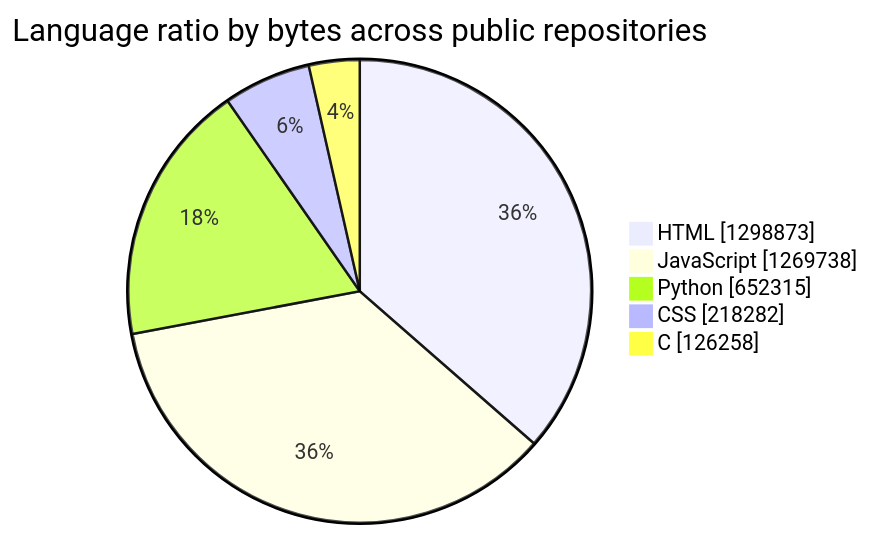
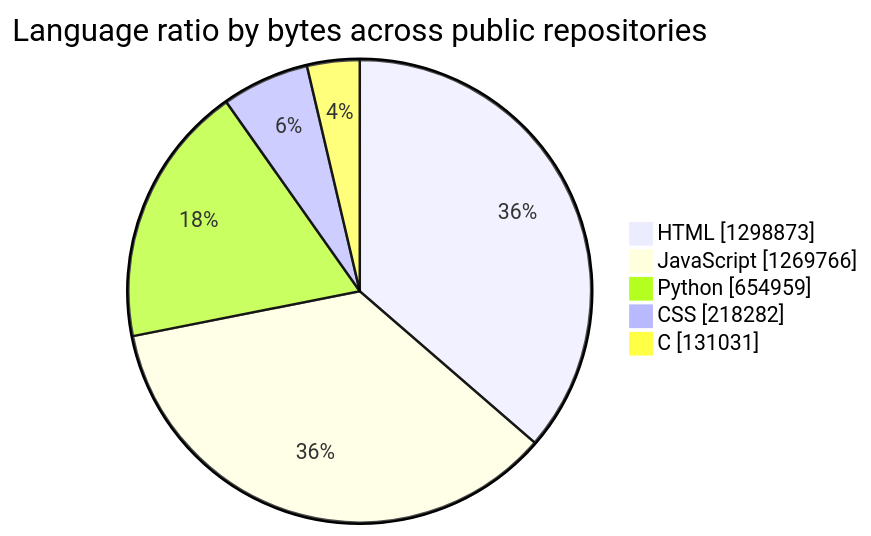
One commit to tchinso/tchinso changed the first of 2 diagrams in README.md. Above: the diagram before and after it, drawn with Mermaid. The commit also changed other lines of this file, not shown here.

````diff
--- a/README.md
+++ b/README.md
@@ -24,9 +24,9 @@
 ```mermaid
 pie showData
     title Language ratio by bytes across public repositories
     "HTML" : 1298873
-    "JavaScript" : 1269738
-    "Python" : 652315
+    "JavaScript" : 1269766
+    "Python" : 654959
     "CSS" : 218282
-    "C" : 126258
+    "C" : 131031
 ```
````
